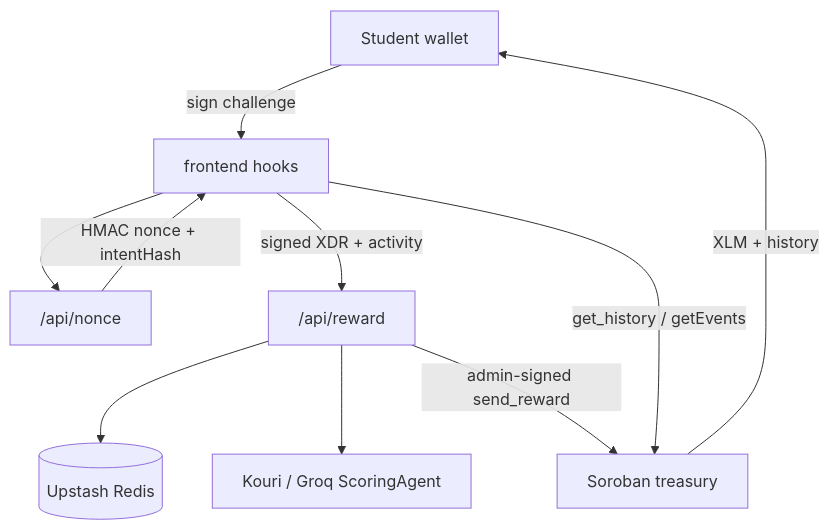
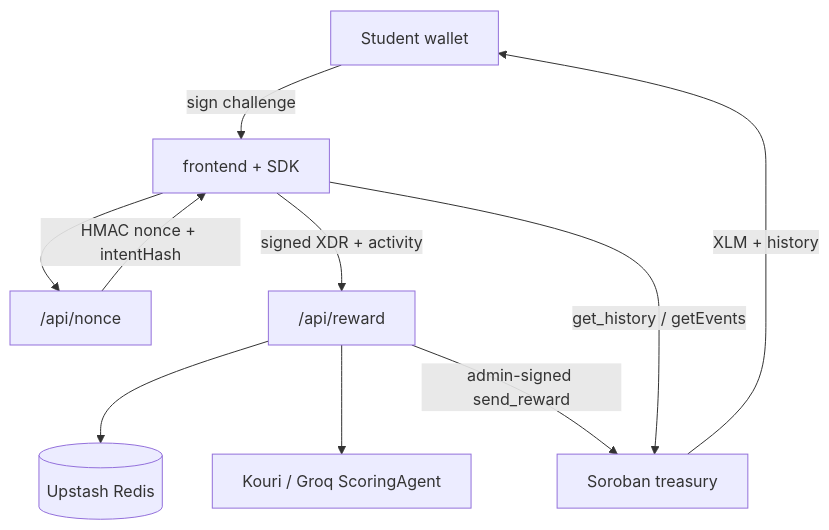
Before and after one commit to TadeyRuk/Achievo: the first of 2 diagrams in docs/ARCHITECTURE.md, drawn with Mermaid. The commit also changed other lines of this file and 10 other files, not shown here.

First line of the commit message:
Enforce architectural boundaries and document ownership

````diff
--- a/docs/ARCHITECTURE.md
+++ b/docs/ARCHITECTURE.md
@@ -39,20 +48,20 @@
 ```mermaid
 flowchart TB
   Student[Student wallet]
-  UI[frontend hooks]
+  UI[frontend + SDK]
   Nonce["/api/nonce"]
   Reward["/api/reward"]
   Groq[Kouri / Groq ScoringAgent]
   Redis[(Upstash Redis)]
   Contract[Soroban treasury]
 
   Student -->|sign challenge| UI
   UI --> Nonce
   Nonce -->|HMAC nonce + intentHash| UI
   UI -->|signed XDR + activity| Reward
   Reward --> Redis
   Reward --> Groq
   Reward -->|admin-signed send_reward| Contract
   Contract -->|XLM + history| Student
   UI -->|get_history / getEvents| Contract
 ```
````
